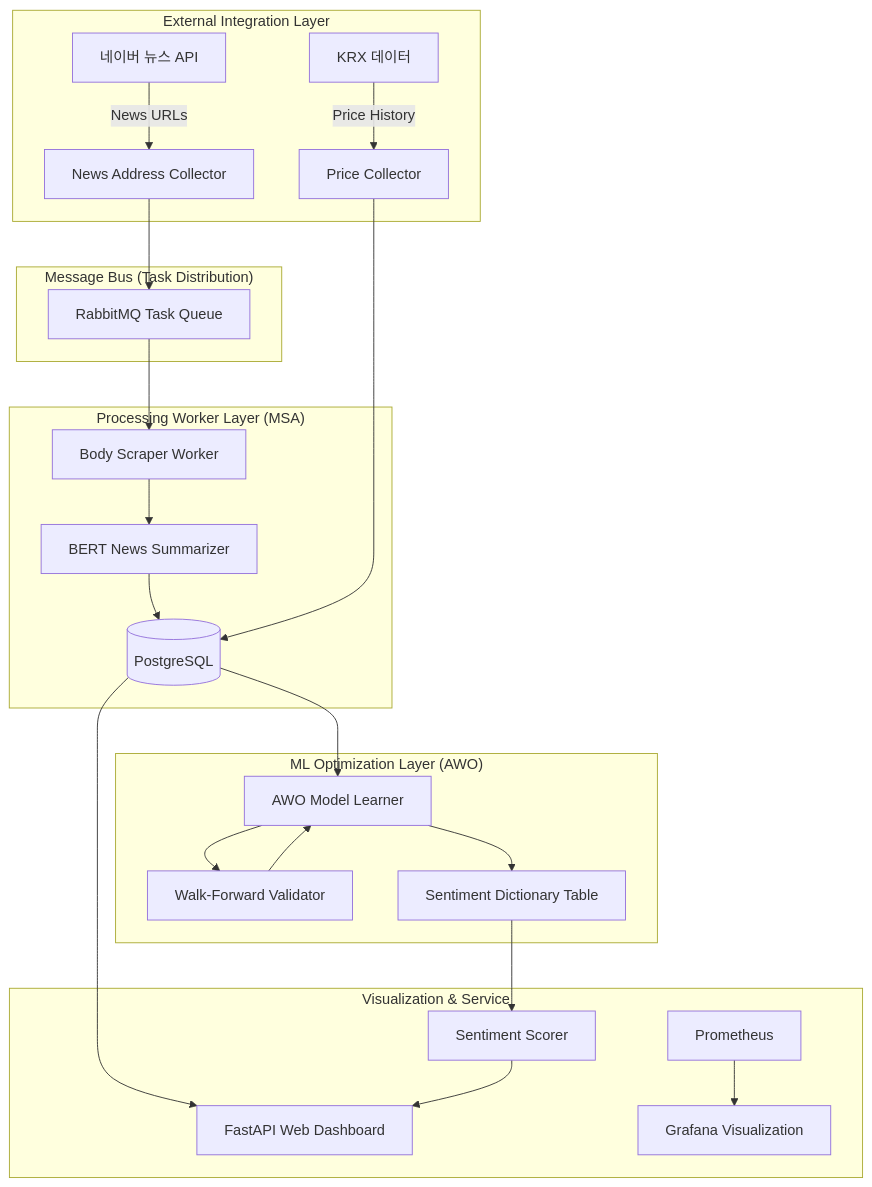
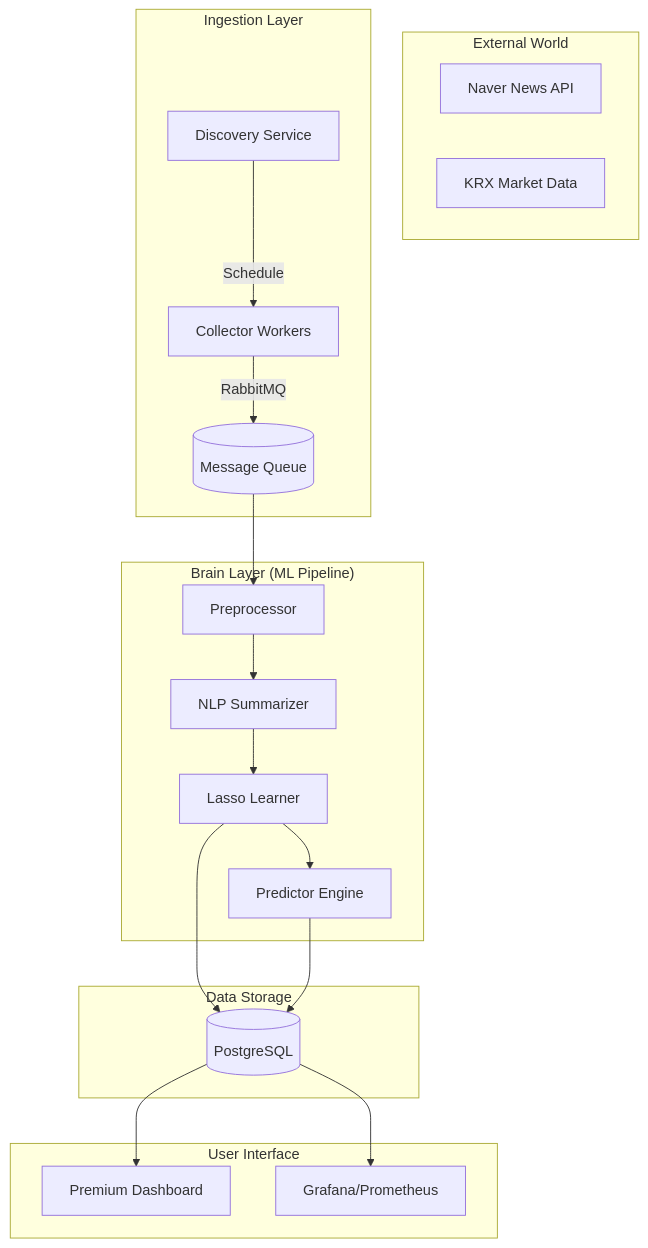
One commit to silverwoods-dev/N-SentiTrader changed the diagram in README.md. Above: the diagram before and after it, drawn with Mermaid. The commit also changed other lines of this file and 5 other files, not shown here.

````diff
--- a/README.md
+++ b/README.md
@@ -85,32 +35,29 @@
 ```mermaid
-flowchart TD
-    subgraph "External Integration Layer"
-        Naver[네이버 뉴스 API] -->|News URLs| Collector[News Address Collector]
-        KRX[KRX 데이터] -->|Price History| PriceCollector[Price Collector]
+graph TD
+    subgraph "External World"
+        Naver[Naver News API]
+        KRX[KRX Market Data]
     end
-    
-    subgraph "Message Bus (Task Distribution)"
-        Collector --> MQ[RabbitMQ Task Queue]
+
+    subgraph "Ingestion Layer"
+        Disc[Discovery Service] --> |Schedule| Coll[Collector Workers]
+        Coll --> |RabbitMQ| MQ[(Message Queue)]
     end
-    
-    subgraph "Processing Worker Layer (MSA)"
-        MQ --> BodyWorker[Body Scraper Worker]
-        BodyWorker --> Summarizer[BERT News Summarizer]
-        Summarizer --> DB[(PostgreSQL)]
+
+    subgraph "Brain Layer (ML Pipeline)"
+        MQ --> Pre[Preprocessor]
+        Pre --> NLP[NLP Summarizer]
+        NLP --> Train[Lasso Learner]
+        Train --> Predict[Predictor Engine]
     end
-    
-    subgraph "ML Optimization Layer (AWO)"
-        DB --> Learner[AWO Model Learner]
-        Learner --> Validator[Walk-Forward Validator]
-        Validator --> Learner
-        Learner --> Dictionary[Sentiment Dictionary Table]
+
+    subgraph "Data Storage"
+        Train --> DB[(PostgreSQL)]
+        Predict --> DB
     end
-    
-    subgraph "Visualization & Service"
-        Dictionary --> Scoring[Sentiment Scorer]
-        PriceCollector --> DB
-        DB --> Dashboard[FastAPI Web Dashboard]
-        Scoring --> Dashboard
-        Metrics[Prometheus] --> Grafana[Grafana Visualization]
+
+    subgraph "User Interface"
+        DB --> Dash[Premium Dashboard]
+        DB --> Mon[Grafana/Prometheus]
     end
 ```
````
